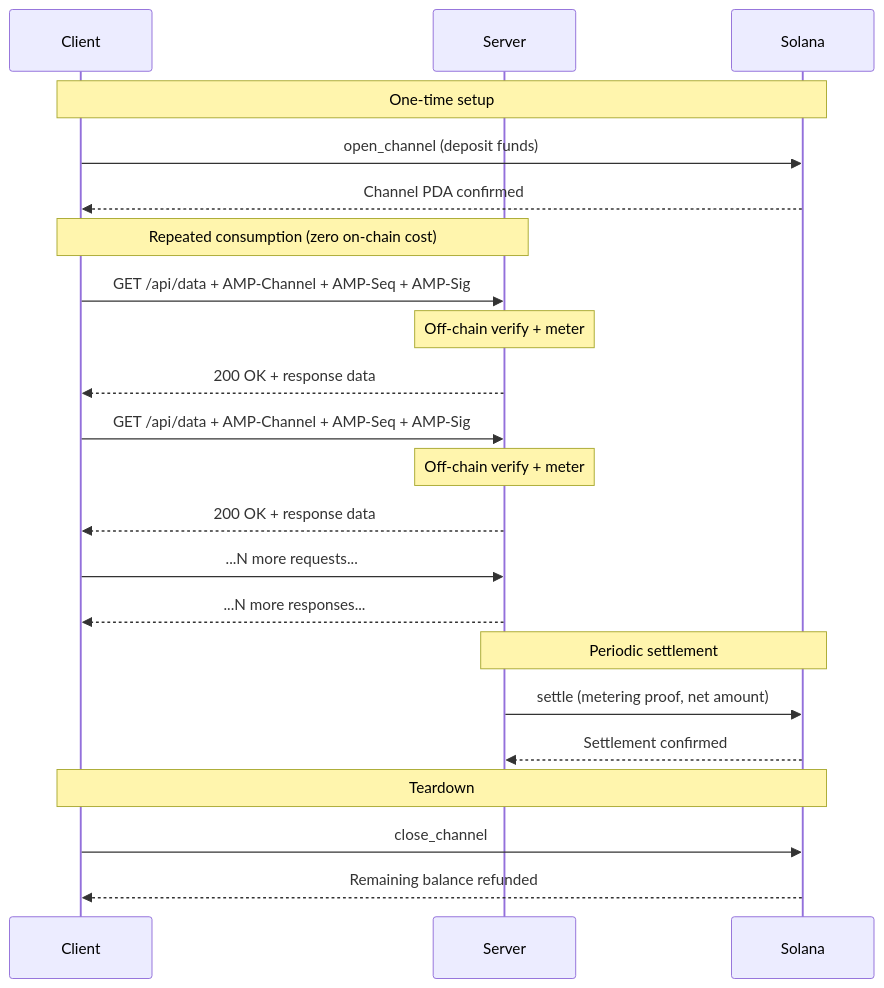
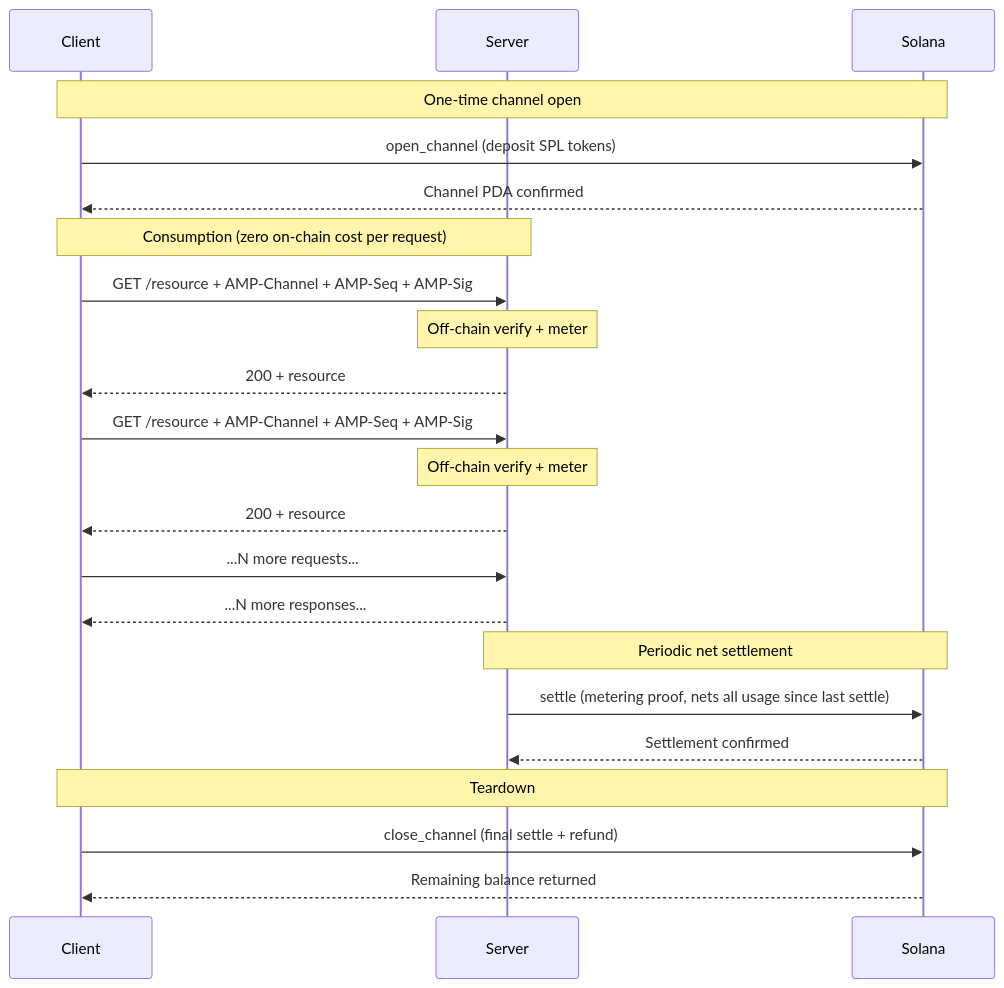
The fourth of 4 diagrams in COMPARISON.md (valeo-cash/amp), drawn with Mermaid before and after one commit. The commit also changed other lines of this file and 1 other file, not shown here.

````diff
--- a/COMPARISON.md
+++ b/COMPARISON.md
@@ -53,30 +88,30 @@
 ```mermaid
 sequenceDiagram
     participant Client
     participant Server
     participant Solana
 
-    Note over Client,Solana: One-time setup
-    Client->>Solana: open_channel (deposit funds)
+    Note over Client,Solana: One-time channel open
+    Client->>Solana: open_channel (deposit SPL tokens)
     Solana-->>Client: Channel PDA confirmed
 
-    Note over Client,Server: Repeated consumption (zero on-chain cost)
-    Client->>Server: GET /api/data + AMP-Channel + AMP-Seq + AMP-Sig
+    Note over Client,Server: Consumption (zero on-chain cost per request)
+    Client->>Server: GET /resource + AMP-Channel + AMP-Seq + AMP-Sig
     Note over Server: Off-chain verify + meter
-    Server-->>Client: 200 OK + response data
+    Server-->>Client: 200 + resource
 
-    Client->>Server: GET /api/data + AMP-Channel + AMP-Seq + AMP-Sig
+    Client->>Server: GET /resource + AMP-Channel + AMP-Seq + AMP-Sig
     Note over Server: Off-chain verify + meter
-    Server-->>Client: 200 OK + response data
+    Server-->>Client: 200 + resource
 
     Client->>Server: ...N more requests...
     Server-->>Client: ...N more responses...
 
-    Note over Server,Solana: Periodic settlement
-    Server->>Solana: settle (metering proof, net amount)
+    Note over Server,Solana: Periodic net settlement
+    Server->>Solana: settle (metering proof, nets all usage since last settle)
     Solana-->>Server: Settlement confirmed
 
     Note over Client,Solana: Teardown
-    Client->>Solana: close_channel
-    Solana-->>Client: Remaining balance refunded
+    Client->>Solana: close_channel (final settle + refund)
+    Solana-->>Client: Remaining balance returned
 ```
````
